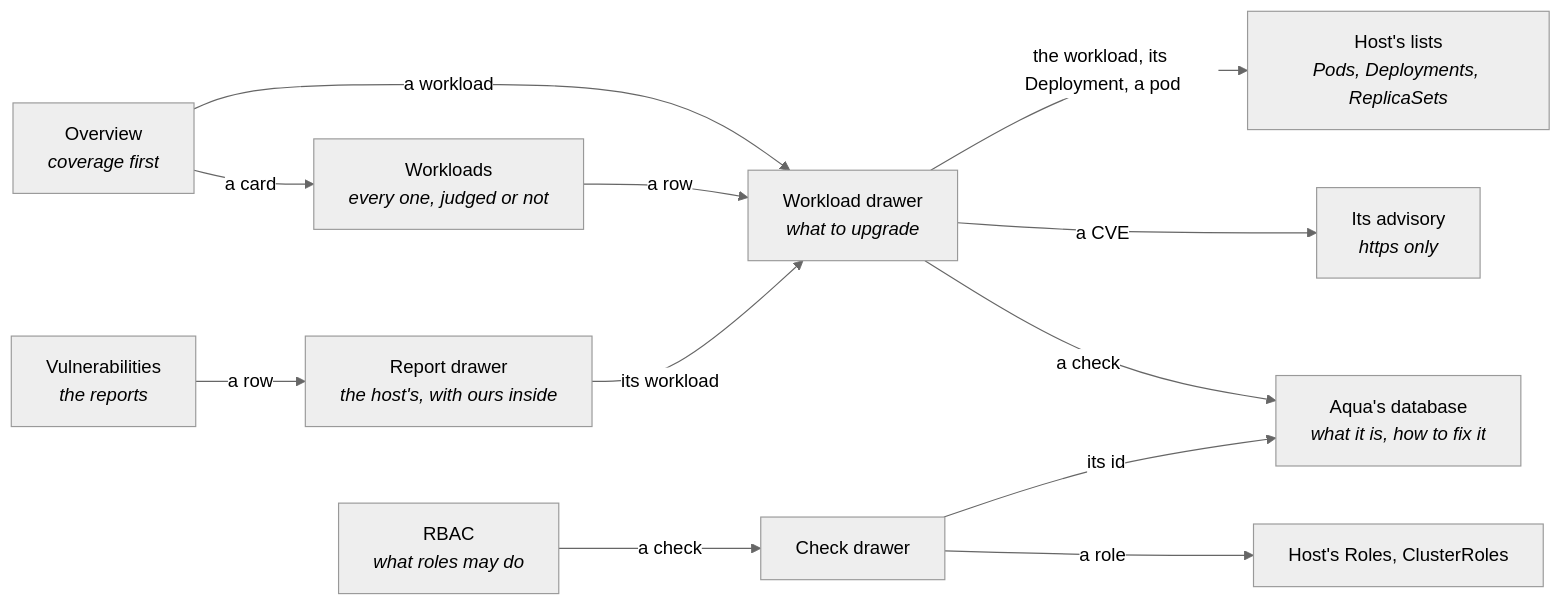
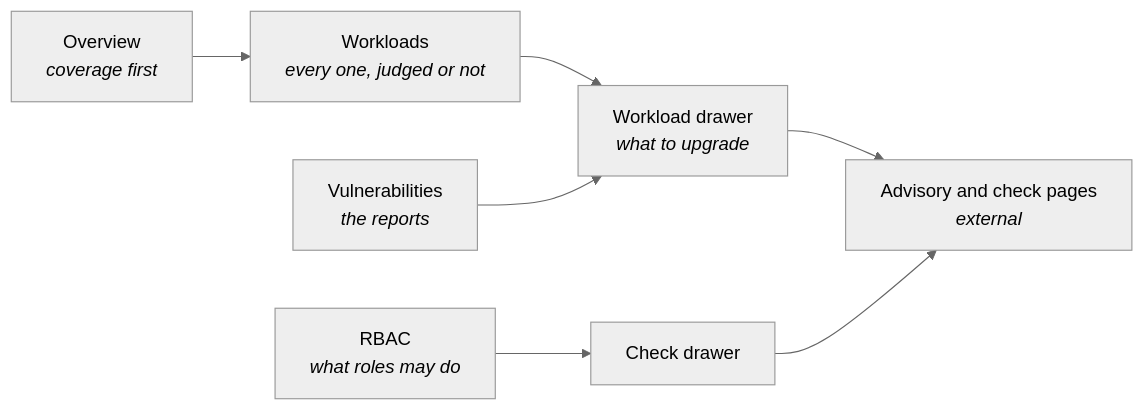
One commit to DiegoBulhoes/freelens-addons changed the first of 2 diagrams in docs/trivy.md. Above: the diagram before and after it, drawn with Mermaid (neutral theme). The commit also changed other lines of this file and 9 other files, not shown here.

````diff
--- a/docs/trivy.md
+++ b/docs/trivy.md
@@ -21,22 +21,9 @@
 ```mermaid
 flowchart LR
-  O["Overview<br/><i>coverage first</i>"]
-  W["Workloads<br/><i>every one, judged or not</i>"]
-  D["Workload drawer<br/><i>what to upgrade</i>"]
-  V["Vulnerabilities<br/><i>the reports</i>"]
-  VD["Report drawer<br/><i>the host's, with ours inside</i>"]
-  R["RBAC<br/><i>what roles may do</i>"]
-  C["Check drawer"]
-
-  O -->|a card| W
-  O -->|a workload| D
-  W -->|a row| D
-  V -->|a row| VD
-  VD -->|its workload| D
-  D -->|the workload, its Deployment, a pod| P["Host's lists<br/><i>Pods, Deployments, ReplicaSets</i>"]
-  D -->|a CVE| AD["Its advisory<br/><i>https only</i>"]
-  D -->|a check| A["Aqua's database<br/><i>what it is, how to fix it</i>"]
-  R -->|a check| C
-  C -->|its id| A
-  C -->|a role| H["Host's Roles, ClusterRoles"]
+  O["Overview<br/><i>coverage first</i>"] --> W["Workloads<br/><i>every one, judged or not</i>"]
+  W --> D["Workload drawer<br/><i>what to upgrade</i>"]
+  V["Vulnerabilities<br/><i>the reports</i>"] --> D
+  R["RBAC<br/><i>what roles may do</i>"] --> C["Check drawer"]
+  D --> A["Advisory and check pages<br/><i>external</i>"]
+  C --> A
 ```
````
